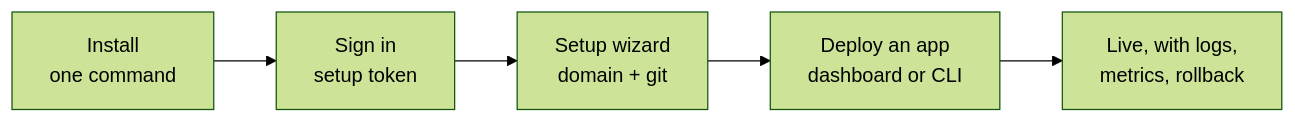
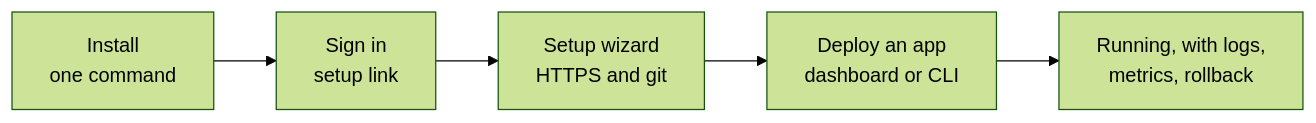
One commit to glincker/levelrail changed the diagram in docs/getting-started.md. Above: the diagram before and after it, drawn with Mermaid (forest theme). The commit also changed other lines of this file and 4 other files, not shown here.

````diff
--- a/docs/getting-started.md
+++ b/docs/getting-started.md
@@ -13,7 +13,7 @@
 ```mermaid
 flowchart LR
-  A["Install<br/>one command"] --> B["Sign in<br/>setup token"]
-  B --> C["Setup wizard<br/>domain + git"]
+  A["Install<br/>one command"] --> B["Sign in<br/>setup link"]
+  B --> C["Setup wizard<br/>HTTPS and git"]
   C --> D["Deploy an app<br/>dashboard or CLI"]
-  D --> E["Live, with logs,<br/>metrics, rollback"]
+  D --> E["Running, with logs,<br/>metrics, rollback"]
 ```
````
